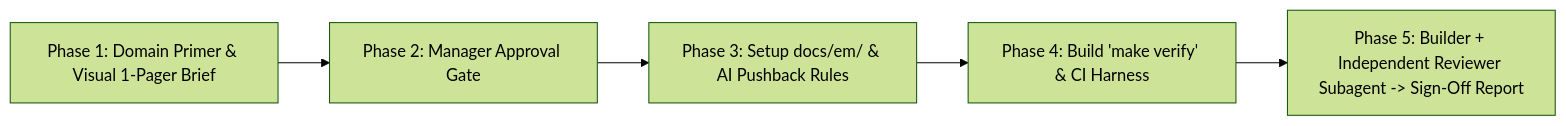
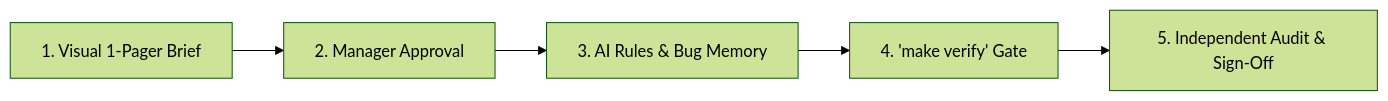
One commit to nghiadang391/vibe-manager changed the diagram in README.md. Above: the diagram before and after it, drawn with Mermaid (forest theme). The commit also changed other lines of this file, not shown here.

Commit message:
docs: make README concise and remove repo structure section

````diff
--- a/README.md
+++ b/README.md
@@ -11,7 +9,7 @@
 ```mermaid
 flowchart LR
-    P1["Phase 1: Domain Primer & Visual 1-Pager Brief"] --> P2["Phase 2: Manager Approval Gate"]
-    P2 --> P3["Phase 3: Setup docs/em/ & AI Pushback Rules"]
-    P3 --> P4["Phase 4: Build 'make verify' & CI Harness"]
-    P4 --> P5["Phase 5: Builder + Independent Reviewer Subagent -> Sign-Off Report"]
+    P1["1. Visual 1-Pager Brief"] --> P2["2. Manager Approval"]
+    P2 --> P3["3. AI Rules & Bug Memory"]
+    P3 --> P4["4. 'make verify' Gate"]
+    P4 --> P5["5. Independent Audit & Sign-Off"]
 ```
````
